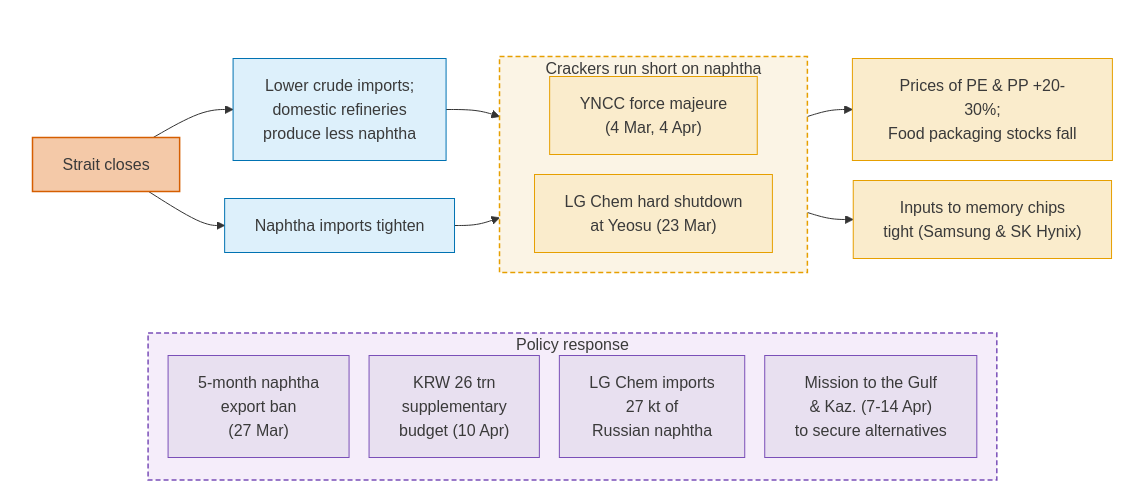
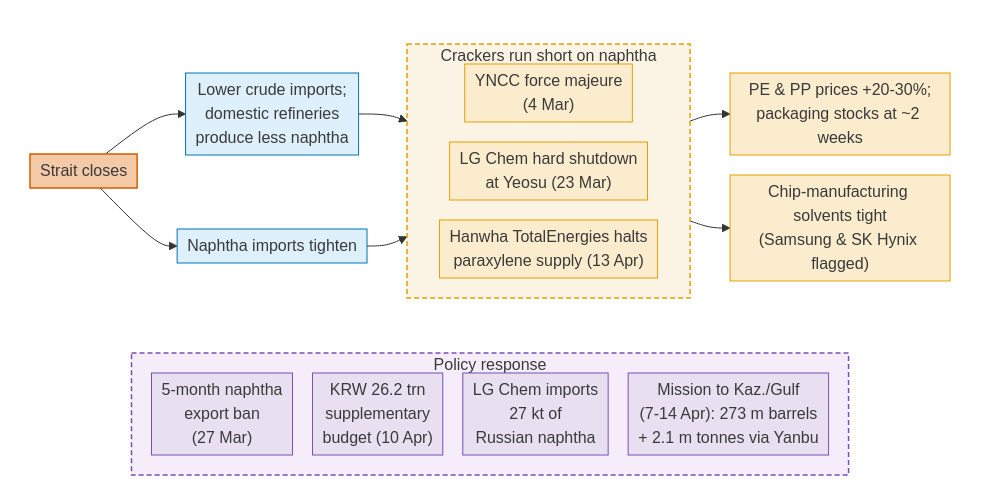
One commit to ccolon/disrupt-sc changed the third of 5 diagrams in docs/research/hormuz/case-studies.md. Above: the diagram before and after it, drawn with Mermaid. The commit also changed other lines of this file and 1 other file, not shown here.

Commit message:
update Korea case study

````diff
--- a/docs/research/hormuz/case-studies.md
+++ b/docs/research/hormuz/case-studies.md
@@ -173,55 +173,52 @@
 ```mermaid
----
-config:
-  themeCSS: '.cluster-label foreignObject { text-align: center; }'
-  layout: dagre
----
-%%{init: {'flowchart': {'nodeSpacing': 20, 'rankSpacing': 20}}}%%
+%%{init: {'theme':'default', 'themeCSS': '.cluster-label foreignObject { text-align: center; }', 'flowchart': {'nodeSpacing': 20, 'rankSpacing': 15, 'padding': 5, 'curve': 'basis'}}}%%
 flowchart TB
  subgraph crackers["Crackers run short on naphtha"]
     direction LR
-        F["YNCC force majeure<br>(4 Mar, 4 Apr)"]
+        F["YNCC force majeure<br>(4 Mar)"]
         G["LG Chem hard shutdown<br>at Yeosu (23 Mar)"]
+        K["Hanwha TotalEnergies halts<br>paraxylene supply (13 Apr)"]
   end
  subgraph main[" "]
     direction LR
         crackers
         B["Naphtha imports tighten"]
         D["Lower crude imports;<br>domestic refineries<br>produce less naphtha"]
         A["Strait closes"]
-        H["Prices of PE &amp; PP +20-30%;<br>Food packaging stocks fall"]
-        J["Inputs to memory chips<br>tight (Samsung &amp; SK Hynix)"]
+        H["PE &amp; PP prices +20-30%;<br>packaging stocks at ~2 weeks"]
+        J["Chip-manufacturing solvents tight<br>(Samsung &amp; SK Hynix flagged)"]
   end
  subgraph policy_response["Policy response"]
     direction TB
         L["5-month naphtha<br>export ban<br>(27 Mar)"]
-        M["KRW 26 trn<br>supplementary<br>budget (10 Apr)"]
+        M["KRW 26.2 trn<br>supplementary<br>budget (10 Apr)"]
         N["LG Chem imports<br>27 kt of<br>Russian naphtha"]
-        O["Mission to the Gulf<br>&amp; Kaz. (7-14 Apr)<br>to secure alternatives"]
+        O["Mission to Kaz./Gulf<br>(7-14 Apr): 273 m barrels<br>+ 2.1 m tonnes via Yanbu"]
   end
     A --> B & D
     D --> crackers
     B --> crackers
     crackers --> H & J
     main ~~~ policy_response
 
      F:::material
      G:::material
+     K:::material
      A:::source
      B:::energy
      D:::energy
      H:::material
      J:::material
      L:::policy
      M:::policy
      N:::policy
      O:::policy
     classDef source   fill:#F4C9A8,stroke:#D55E00,stroke-width:1.5px,color:#3A3A3A
     classDef energy   fill:#DDF0FB,stroke:#0072B2,stroke-width:1px,color:#3A3A3A
     classDef material fill:#FAECCC,stroke:#E69F00,stroke-width:1px,color:#3A3A3A
     classDef policy   fill:#E8E0F0,stroke:#7A4FB8,stroke-width:1px,color:#3A3A3A
     classDef default  fill:#F5F5F5,stroke:#767676,stroke-width:1px,color:#3A3A3A
     style crackers fill:#FBF4E5,stroke:#E69F00,stroke-width:1.5px,stroke-dasharray:5 3,color:#3A3A3A
     style main fill:none,stroke:none
     style policy_response fill:#F5EDFA,stroke:#7A4FB8,stroke-width:1.5px,stroke-dasharray:5 3,color:#3A3A3A
 ```
````
